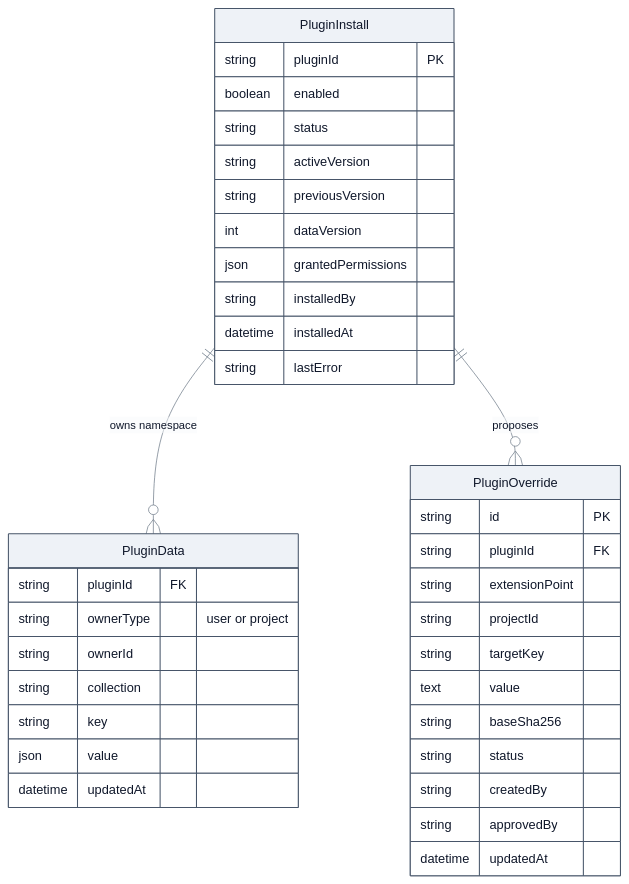
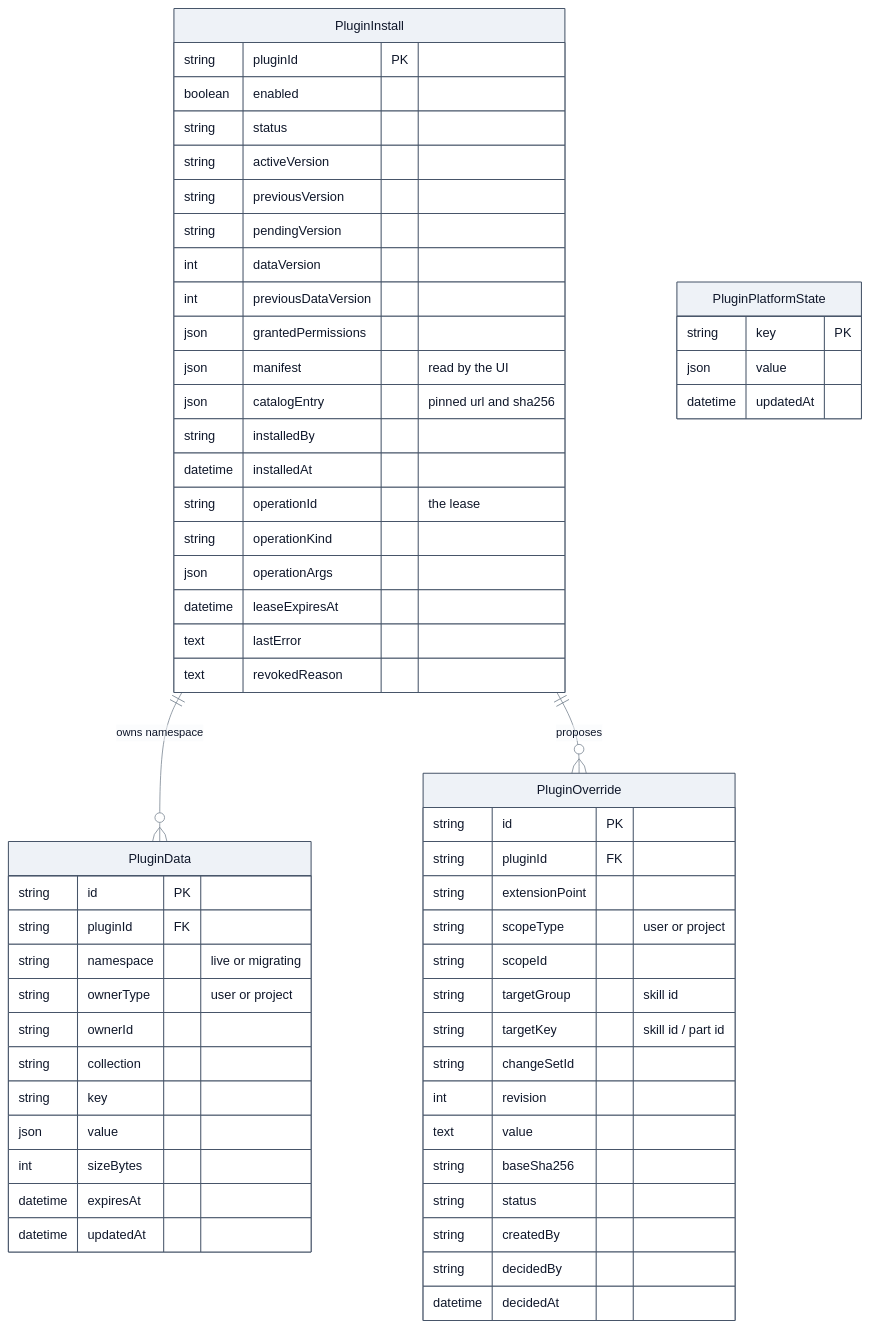
The sixth of 15 diagrams in docs/readmes/README.PLUGINS.md (EntroVyx/redamon), drawn with Mermaid before and after one commit. The commit also changed other lines of this file, not shown here.

First line of the commit message:
docs(plugins): commit the long-pending design additions to README.PLUGINS.md

````diff
--- a/docs/readmes/README.PLUGINS.md
+++ b/docs/readmes/README.PLUGINS.md
@@ -502,41 +684,63 @@
 ```mermaid
 %%{init: {"theme": "base", "themeVariables": {"primaryColor": "#EEF2F7", "primaryTextColor": "#0F172A", "primaryBorderColor": "#475569", "secondaryColor": "#E2E8F0", "tertiaryColor": "#F8FAFC", "lineColor": "#7B8794", "textColor": "#0F172A", "clusterBkg": "#F8FAFC", "clusterBorder": "#94A3B8", "titleColor": "#0F172A", "edgeLabelBackground": "#FFFFFF", "relationLabelBackground": "#FFFFFF", "relationLabelColor": "#0F172A", "attributeBackgroundColorOdd": "#FFFFFF", "attributeBackgroundColorEven": "#F8FAFC", "actorBkg": "#EEF2F7", "actorBorder": "#475569", "actorTextColor": "#0F172A", "actorLineColor": "#7B8794", "signalColor": "#7B8794", "signalTextColor": "#0F172A", "labelBoxBkgColor": "#E2E8F0", "labelBoxBorderColor": "#475569", "labelTextColor": "#0F172A", "loopTextColor": "#0F172A", "noteBkgColor": "#FFF7D6", "noteTextColor": "#0F172A", "noteBorderColor": "#B7A24A", "sequenceNumberColor": "#FFFFFF"}, "themeCSS": ".labelBkg { background-color: #FFFFFF !important; } .relationshipLabelBox { opacity: 1 !important; }"}}%%
 erDiagram
     PluginInstall ||--o{ PluginData : "owns namespace"
     PluginInstall ||--o{ PluginOverride : "proposes"
 
     PluginInstall {
         string pluginId PK
         boolean enabled
         string status
         string activeVersion
         string previousVersion
+        string pendingVersion
         int dataVersion
+        int previousDataVersion
         json grantedPermissions
+        json manifest "read by the UI"
+        json catalogEntry "pinned url and sha256"
         string installedBy
         datetime installedAt
-        string lastError
+        string operationId "the lease"
+        string operationKind
+        json operationArgs
+        datetime leaseExpiresAt
+        text lastError
+        text revokedReason
     }
     PluginData {
+        string id PK
         string pluginId FK
+        string namespace "live or migrating"
         string ownerType "user or project"
         string ownerId
         string collection
         string key
         json value
+        int sizeBytes
+        datetime expiresAt
         datetime updatedAt
     }
     PluginOverride {
         string id PK
         string pluginId FK
         string extensionPoint
-        string projectId
-        string targetKey
+        string scopeType "user or project"
+        string scopeId
+        string targetGroup "skill id"
+        string targetKey "skill id / part id"
+        string changeSetId
+        int revision
         text value
         string baseSha256
         string status
         string createdBy
-        string approvedBy
+        string decidedBy
+        datetime decidedAt
+    }
+    PluginPlatformState {
+        string key PK
+        json value
         datetime updatedAt
     }
 ```
````
